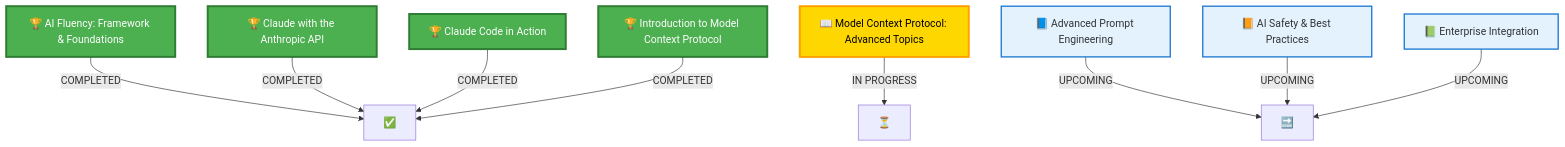
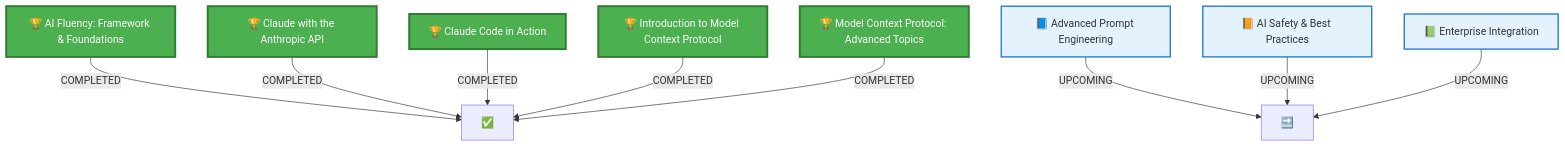
Before and after one commit to developtheweb/anthropic-certs: the first of 2 diagrams in README.md, drawn with Mermaid. The commit also changed other lines of this file and 2 other files, not shown here.

First line of the commit message:
feat: Add Model Context Protocol: Advanced Topics certification

````diff
--- a/README.md
+++ b/README.md
@@ -76,20 +85,20 @@
 ```mermaid
 graph TD
     A[🏆 AI Fluency: Framework & Foundations] -->|COMPLETED| B[✅]
     C[🏆 Claude with the Anthropic API] -->|COMPLETED| B
     D[🏆 Claude Code in Action] -->|COMPLETED| B
     E[🏆 Introduction to Model Context Protocol] -->|COMPLETED| B
-    K[📖 Model Context Protocol: Advanced Topics] -->|IN PROGRESS| F[⏳]
+    K[🏆 Model Context Protocol: Advanced Topics] -->|COMPLETED| B
     G[📘 Advanced Prompt Engineering] -->|UPCOMING| H[🔜]
     I[📙 AI Safety & Best Practices] -->|UPCOMING| H
     J[📗 Enterprise Integration] -->|UPCOMING| H
     
     style A fill:#4CAF50,stroke:#2E7D32,stroke-width:3px,color:#fff
     style C fill:#4CAF50,stroke:#2E7D32,stroke-width:3px,color:#fff
     style D fill:#4CAF50,stroke:#2E7D32,stroke-width:3px,color:#fff
     style E fill:#4CAF50,stroke:#2E7D32,stroke-width:3px,color:#fff
-    style K fill:#FFD700,stroke:#FFA000,stroke-width:3px,color:#000
+    style K fill:#4CAF50,stroke:#2E7D32,stroke-width:3px,color:#fff
     style G fill:#E3F2FD,stroke:#1976D2,stroke-width:2px
     style I fill:#E3F2FD,stroke:#1976D2,stroke-width:2px
     style J fill:#E3F2FD,stroke:#1976D2,stroke-width:2px
 ```
````
